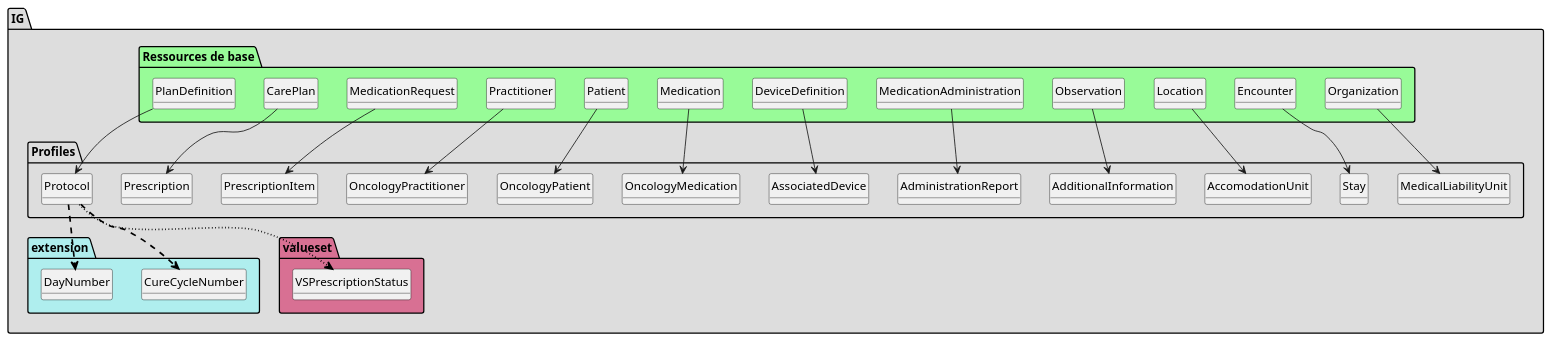
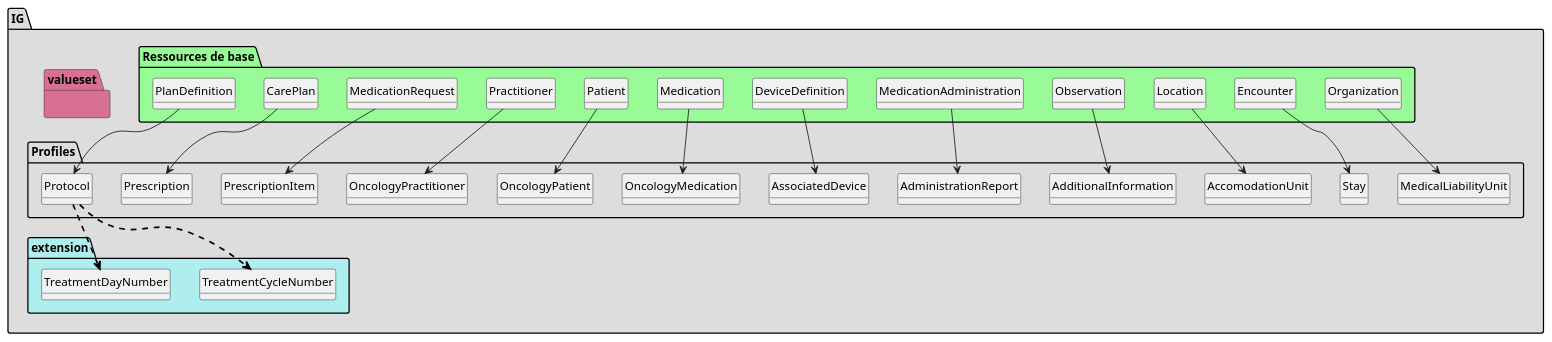
One commit to ONCOFAIR/FHIR-ImplementationGuide-Article changed the diagram in update-input/plantuml/graph.puml. Above: the diagram before and after it, drawn with PlantUML. The commit also changed 641 other files, not shown here.

```diff
--- a/update-input/plantuml/graph.puml
+++ b/update-input/plantuml/graph.puml
@@ -14,6 +14,7 @@
 
         class Stay{
 
+             Encounter.identifier => [1..None]
              Encounter.identifier.value => [1..None]
              Encounter.status => [None..None]
              Encounter.subject => [1..None]
@@ -31,8 +32,8 @@
 
              Observation.code => [None..None]
              Observation.subject => [1..None]
-             Observation.effective[x] => [None..None]
-             Observation.effective[x]:effectiveDateTime => [0..1]
+             Observation.effective[x] => [1..None]
+             Observation.effective[x]:effectiveDateTime => [1..1]
              Observation.issued => [None..None]
              Observation.value[x] => [1..None]
              Observation.value[x]:valueQuantity => [0..1]
@@ -45,12 +46,18 @@
              MedicationAdministration.identifier.value => [None..None]
              MedicationAdministration.basedOn => [1..1]
              MedicationAdministration.medication => [None..None]
+             MedicationAdministration.subject => [None..None]
              MedicationAdministration.encounter => [1..None]
              MedicationAdministration.occurence[x] => [None..None]
-             MedicationAdministration.occurence[x]:occurencePeriod => [0..1]
-             MedicationAdministration.request => [None..None]
+             MedicationAdministration.occurence[x]:occurencePeriod => [1..1]
+             MedicationAdministration.performer => [1..None]
+             MedicationAdministration.performer.actor => [None..None]
+             MedicationAdministration.request => [1..None]
              MedicationAdministration.note => [None..None]
-             MedicationAdministration.dosage => [None..None]
+             MedicationAdministration.dosage => [1..None]
+             MedicationAdministration.dosage.text => [1..None]
+             MedicationAdministration.dosage.dose.value => [1..None]
+             MedicationAdministration.dosage.dose.unit => [1..None]
         } 
 
         class AssociatedDevice{
@@ -60,7 +67,9 @@
 
         class OncologyMedication{
 
+             Medication.identifier => [1..None]
              Medication.identifier.value => [1..None]
+             Medication.code => [1..None]
              Medication.code.coding => [1..1]
         } 
 
@@ -72,6 +81,7 @@
              Patient.identifier:IPP.type.text => [None..None]
              Patient.identifier:IPP.system => [1..None]
              Patient.identifier:IPP.value => [1..None]
+             Patient.name => [1..None]
              Patient.name.use => [1..None]
              Patient.name.family => [1..None]
              Patient.name.given => [1..None]
@@ -82,20 +92,23 @@
 
         class OncologyPractitioner{
 
+             Practitioner.identifier => [1..None]
              Practitioner.identifier.value => [1..None]
         } 
 
         class PrescriptionItem{
 
+             MedicationRequest.identifier => [1..None]
              MedicationRequest.identifier.value => [1..None]
              MedicationRequest.basedOn => [None..None]
+             MedicationRequest.groupIdentifier => [1..None]
              MedicationRequest.groupIdentifier.value => [1..None]
+             MedicationRequest.category => [1..1]
              MedicationRequest.category.coding => [1..1]
              MedicationRequest.medication => [None..None]
              MedicationRequest.subject => [None..None]
              MedicationRequest.supportingInformation => [None..None]
              MedicationRequest.requester => [None..None]
-             MedicationRequest.requester.identifier.value => [1..None]
              MedicationRequest.device => [None..None]
              MedicationRequest.note => [None..None]
              MedicationRequest.effectiveDosePeriod.start => [1..None]
@@ -121,8 +134,7 @@
              MedicationRequest.dosageInstruction.doseAndRate.rate[x]:rateRatio.numerator.value => [None..None]
              MedicationRequest.dosageInstruction.doseAndRate.rate[x]:rateRatio.numerator.unit => [None..None]
              MedicationRequest.dosageInstruction.doseAndRate.rate[x]:rateRatio.denominator.value => [None..None]
-             MedicationRequest.dispenseRequest.initialFill.quantity.value => [None..None]
-             MedicationRequest.dispenseRequest.quantity => [None..None]
+             MedicationRequest.dispenseRequest.initialFill.quantity.value => [1..None]
         } 
 
         class Prescription{
@@ -141,29 +153,29 @@
         class Protocol{
 
              PlanDefinition.extension => [2..None]
-             PlanDefinition.extension:numeroCure => <&plus>[1..1]
-             PlanDefinition.extension:numeroJour => <&plus>[1..1]
+             PlanDefinition.extension:treatmentCycleNumber => <&plus>[1..1]
+             PlanDefinition.extension:treatmentDayNumber => <&plus>[1..1]
              PlanDefinition.identifier => [1..1]
+             PlanDefinition.identifier.value => [1..None]
              PlanDefinition.name => [1..None]
              PlanDefinition.title => [1..None]
-             PlanDefinition.type => [None..None]
              PlanDefinition.date => [1..None]
          }
 
      }
      package extension #paleturquoise {
 
-     Protocol -[#black,dashed,thickness=2]-> CureCycleNumber
-     Protocol -[#black,dashed,thickness=2]-> DayNumber
+     Protocol -[#black,dashed,thickness=2]-> TreatmentCycleNumber
+     Protocol -[#black,dashed,thickness=2]-> TreatmentDayNumber
 
-        class CureCycleNumber{
+        class TreatmentCycleNumber{
 
           Extension.extension => [None..0]
           Extension.url => [None..None]
           Extension.value[x] => [1..None]
           Extension.value[x]:valueInteger => [1..1]
         } 
-        class DayNumber{
+        class TreatmentDayNumber{
 
           Extension.extension => [None..0]
           Extension.url => [None..None]
@@ -172,10 +184,6 @@
          }
      }
      package valueset #PaleVioletRed{
-
-        class VSPrescriptionStatus  
-
-     Protocol -[#black,dotted,thickness=2]-> VSPrescriptionStatus
        }
 
 package "Ressources de base" #palegreen {
```
